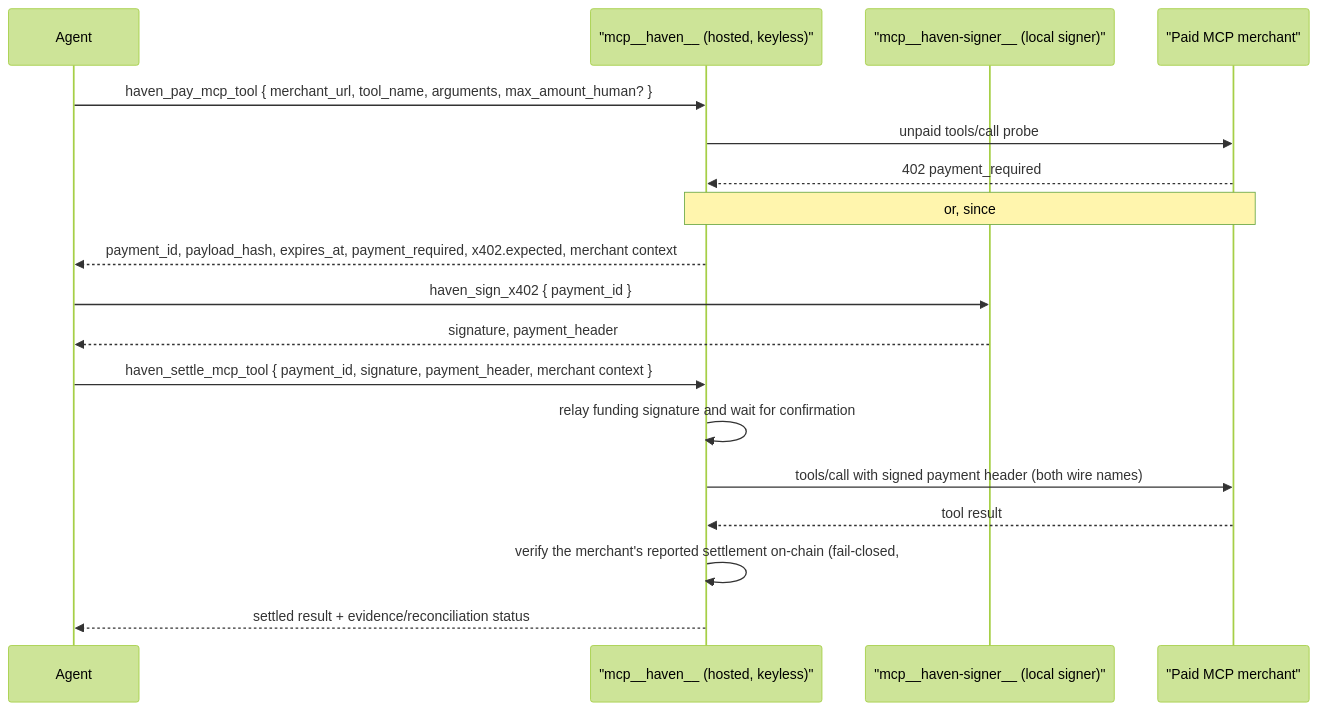
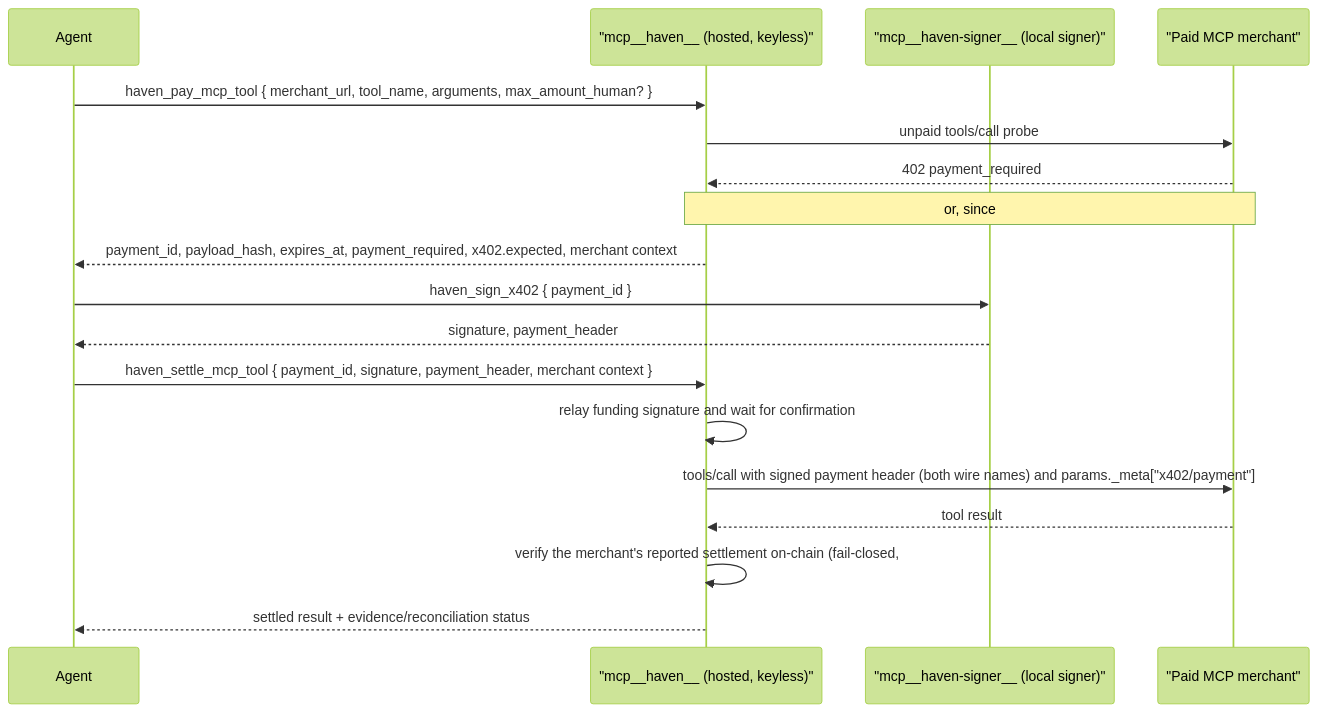
Before and after one commit to d-hinders/Haven-AI: the diagram in packages/mcp-server/README.md, drawn with Mermaid (forest theme). The commit also changed 1 other file, not shown here.

Commit message:
test(sdk): make the pass-through pin bite (result-shaped last frame); name params._meta on the hosted settle arrow (#3118)
The first pin used frames surfaceResult no longer collapses, so the
mutation that collapses every non-402 answer stayed green. The stream now
ends in a JSON-RPC-result-shaped frame: only the session gate keeps it raw
(mutation → 1 red, measured).

````diff
--- a/packages/mcp-server/README.md
+++ b/packages/mcp-server/README.md
@@ -78,21 +78,21 @@
 ```mermaid
 sequenceDiagram
     participant Agent
     participant Hosted as "mcp__haven__ (hosted, keyless)"
     participant Signer as "mcp__haven-signer__ (local signer)"
     participant Merchant as "Paid MCP merchant"
 
     Agent->>Hosted: haven_pay_mcp_tool { merchant_url, tool_name, arguments, max_amount_human? }
     Hosted->>Merchant: unpaid tools/call probe
     Merchant-->>Hosted: 402 payment_required
     Note over Merchant,Hosted: or, since #3118, an isError tool result under HTTP 200 (native MCP profile)
     Hosted-->>Agent: payment_id, payload_hash, expires_at, payment_required, x402.expected, merchant context
     Agent->>Signer: haven_sign_x402 { payment_id }
     Signer-->>Agent: signature, payment_header
     Agent->>Hosted: haven_settle_mcp_tool { payment_id, signature, payment_header, merchant context }
     Hosted->>Hosted: relay funding signature and wait for confirmation
-    Hosted->>Merchant: tools/call with signed payment header (both wire names)
+    Hosted->>Merchant: tools/call with signed payment header (both wire names) and params._meta["x402/payment"]
     Merchant-->>Hosted: tool result
     Hosted->>Hosted: verify the merchant's reported settlement on-chain (fail-closed, #2971)
     Hosted-->>Agent: settled result + evidence/reconciliation status
 ```
````
